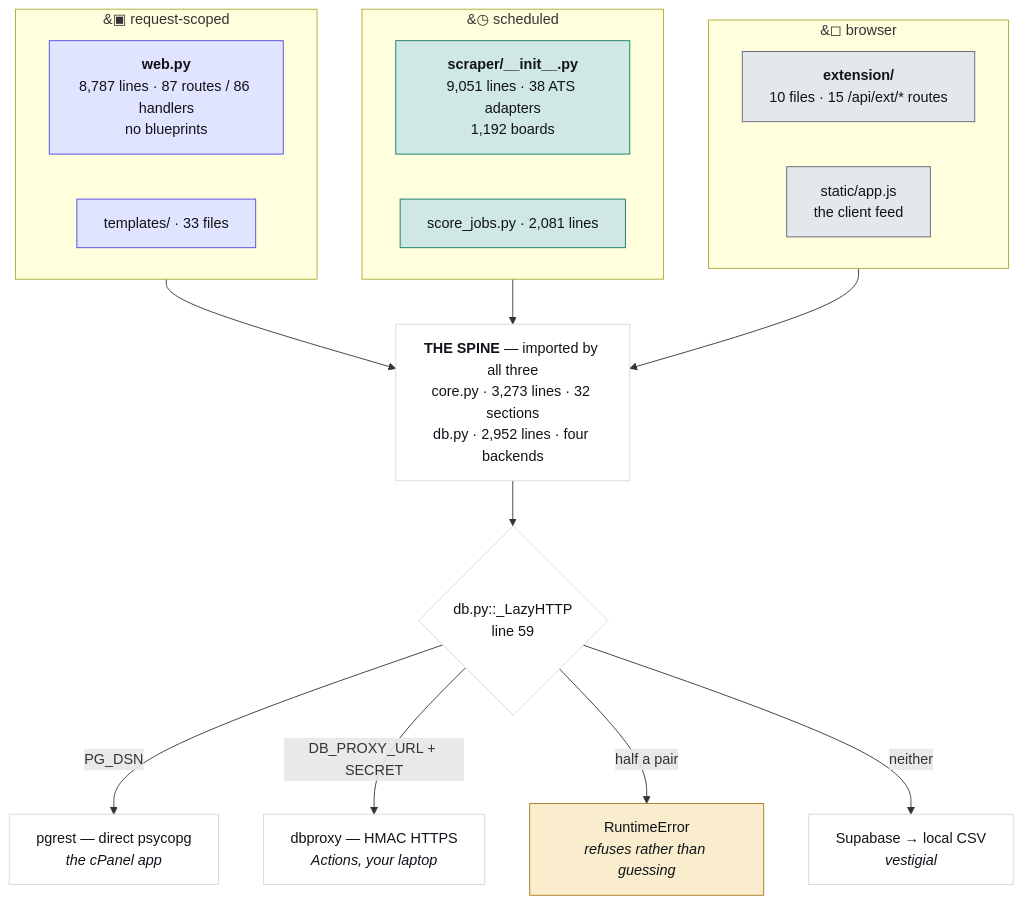
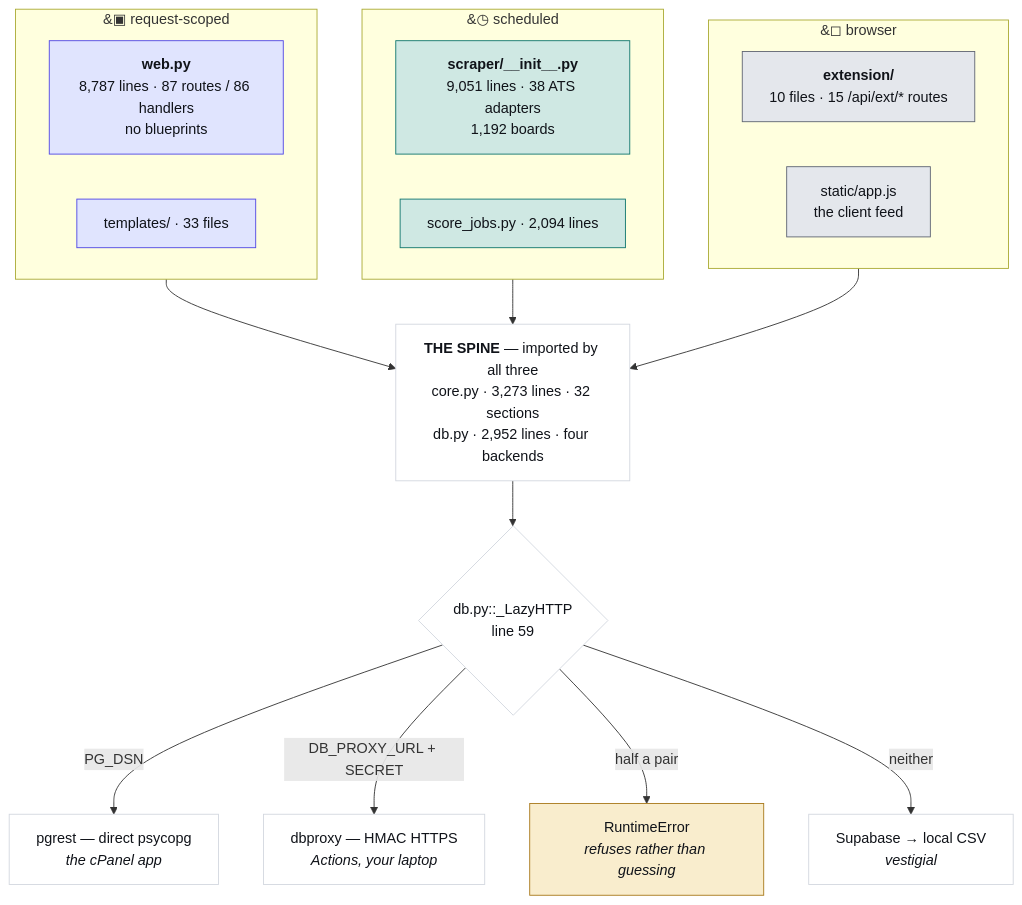
Before and after one commit to hadakunal909-debug/job-search-tool: the first of 4 diagrams in JobMatch Scraper/docs/ARCHITECTURE.md, drawn with Mermaid. The commit also changed 4 other files, not shown here.

````diff
--- a/JobMatch Scraper/docs/ARCHITECTURE.md
+++ b/JobMatch Scraper/docs/ARCHITECTURE.md
@@ -45,34 +45,34 @@
 ```mermaid
 flowchart TB
   subgraph REQ["&#9635; request-scoped"]
     W["<b>web.py</b><br/>8,787 lines · 87 routes / 86 handlers<br/>no blueprints"]
     T["templates/ · 33 files"]
   end
   subgraph SCH["&#9719; scheduled"]
     S["<b>scraper/__init__.py</b><br/>9,051 lines · 38 ATS adapters<br/>1,192 boards"]
-    J["score_jobs.py · 2,081 lines"]
+    J["score_jobs.py · 2,094 lines"]
   end
   subgraph CLI["&#9723; browser"]
     E["<b>extension/</b><br/>10 files · 15 /api/ext/* routes"]
     A["static/app.js<br/>the client feed"]
   end
   SPINE["<b>THE SPINE</b> — imported by all three<br/>core.py · 3,273 lines · 32 sections<br/>db.py · 2,952 lines · four backends"]
   REQ --> SPINE
   SCH --> SPINE
   CLI --> SPINE
   SPINE --> D{"db.py::_LazyHTTP<br/>line 59"}
   D -->|"PG_DSN"| P["pgrest — direct psycopg<br/><i>the cPanel app</i>"]
   D -->|"DB_PROXY_URL + SECRET"| X["dbproxy — HMAC HTTPS<br/><i>Actions, your laptop</i>"]
   D -->|"half a pair"| R["RuntimeError<br/><i>refuses rather than guessing</i>"]
   D -->|"neither"| V["Supabase → local CSV<br/><i>vestigial</i>"]
   classDef web fill:#e0e4fe,stroke:#4f46e5,color:#101319
   classDef sched fill:#cfe8e3,stroke:#0f766e,color:#101319
   classDef client fill:#e4e7ec,stroke:#5f6573,color:#101319
   classDef trap fill:#f9edcd,stroke:#a8781a,color:#101319
   classDef plain fill:#ffffff,stroke:#d3d7df,color:#101319
   class W,T web
   class S,J sched
   class E,A client
   class R trap
   class SPINE,D,P,X,V plain
 ```
````
